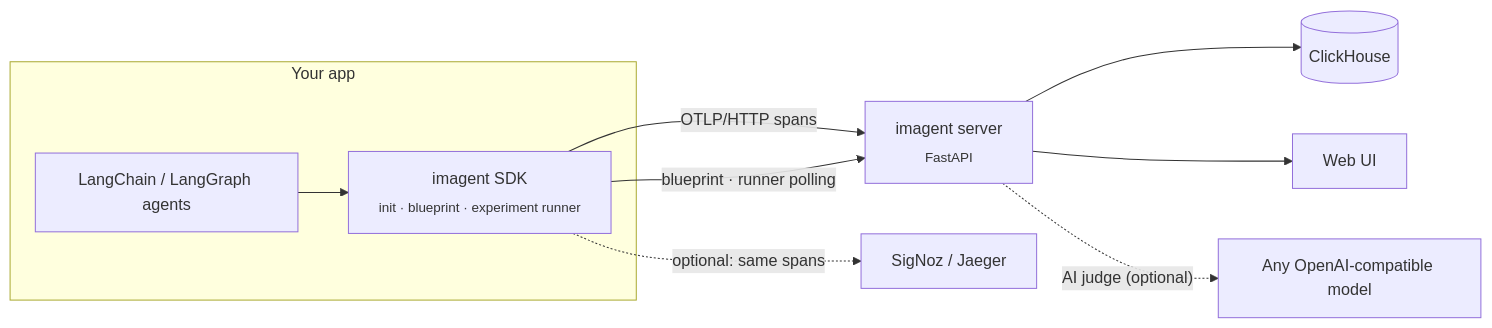
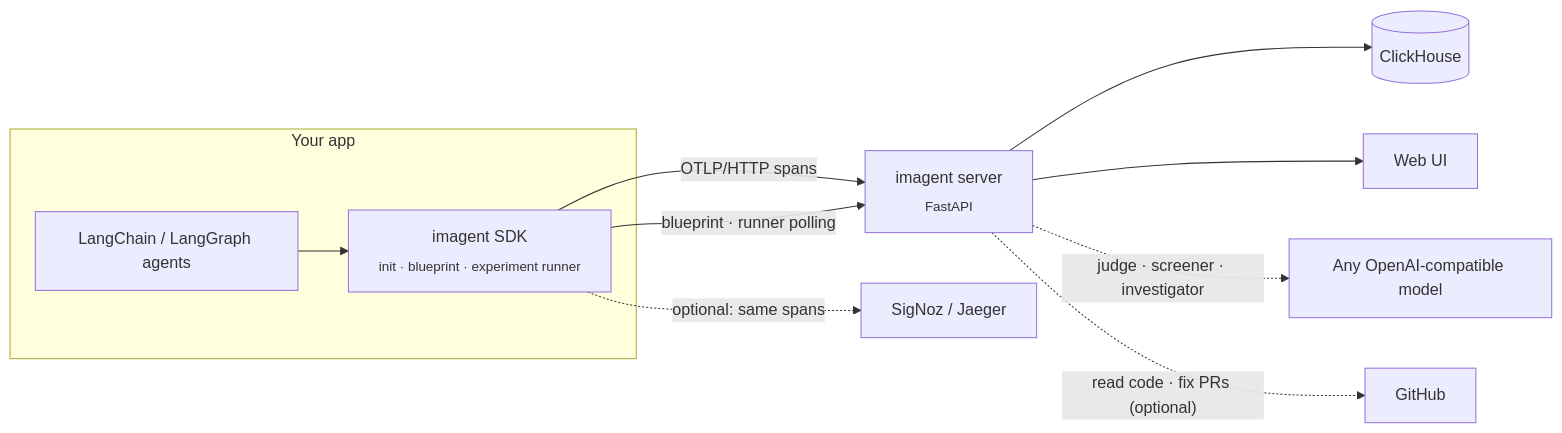
One commit to Mathankarthik18/imagent changed the diagram in README.md. Above: the diagram before and after it, drawn with Mermaid. The commit also changed other lines of this file and 3 other files, not shown here.

````diff
--- a/README.md
+++ b/README.md
@@ -189,12 +260,13 @@
 ```mermaid
 flowchart LR
   subgraph app["Your app"]
     A["LangChain / LangGraph agents"] --> S["imagent SDK<br/><sub>init · blueprint · experiment runner</sub>"]
   end
   S -- "OTLP/HTTP spans" --> I["imagent server<br/><sub>FastAPI</sub>"]
   S -- "blueprint · runner polling" --> I
   I --> C[("ClickHouse")]
   I --> U["Web UI"]
-  I -. "AI judge (optional)" .-> J["Any OpenAI-compatible model"]
+  I -. "judge · screener · investigator" .-> J["Any OpenAI-compatible model"]
+  I -. "read code · fix PRs (optional)" .-> G["GitHub"]
   S -. "optional: same spans" .-> O["SigNoz / Jaeger"]
 ```
````
